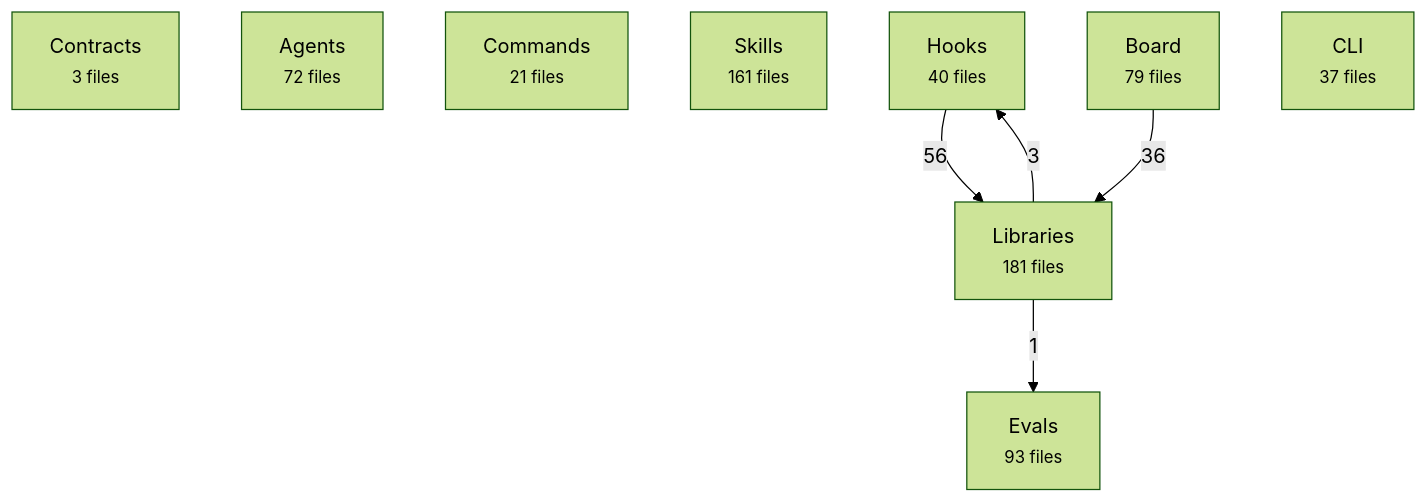
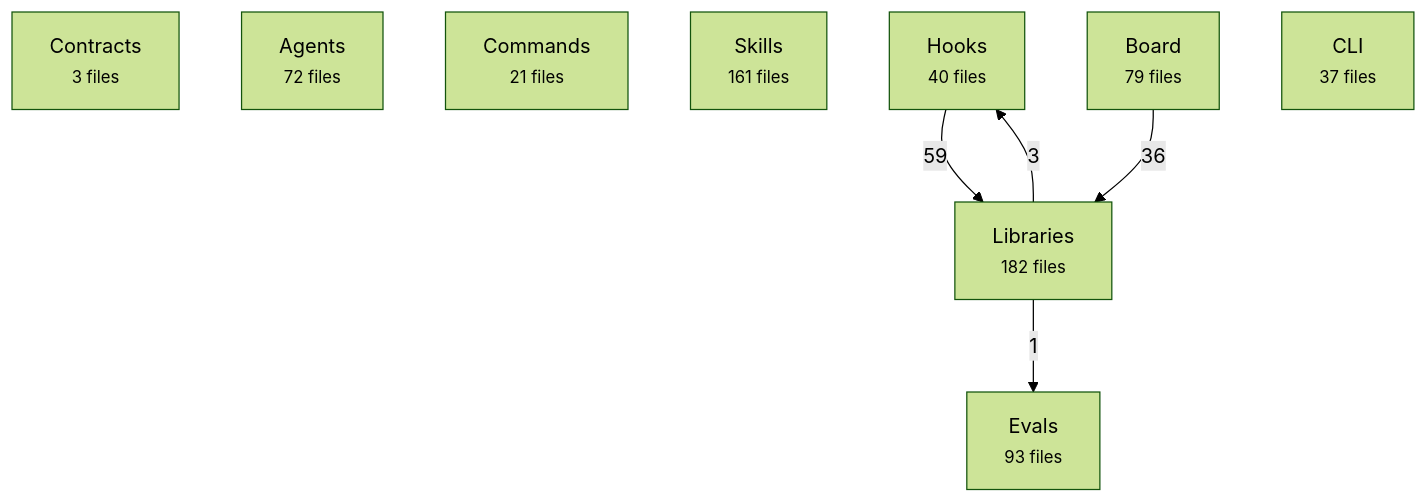
The first of 2 diagrams in docs/reference/architecture-map.md (avelikiy/great_cto), drawn with Mermaid (forest theme) before and after one commit. The commit also changed other lines of this file and 13 other files, not shown here.

````diff
--- a/docs/reference/architecture-map.md
+++ b/docs/reference/architecture-map.md
@@ -20,16 +20,16 @@
 ```mermaid
 flowchart TD
   contracts["Contracts<br/><small>3 files</small>"]
   agents["Agents<br/><small>72 files</small>"]
   commands["Commands<br/><small>21 files</small>"]
   skills["Skills<br/><small>161 files</small>"]
   hooks["Hooks<br/><small>40 files</small>"]
-  libs["Libraries<br/><small>181 files</small>"]
+  libs["Libraries<br/><small>182 files</small>"]
   board["Board<br/><small>79 files</small>"]
   cli["CLI<br/><small>37 files</small>"]
   evals["Evals<br/><small>93 files</small>"]
-  hooks -->|56| libs
+  hooks -->|59| libs
   board -->|36| libs
   libs -->|3| hooks
   libs -->|1| evals
 ```
````
